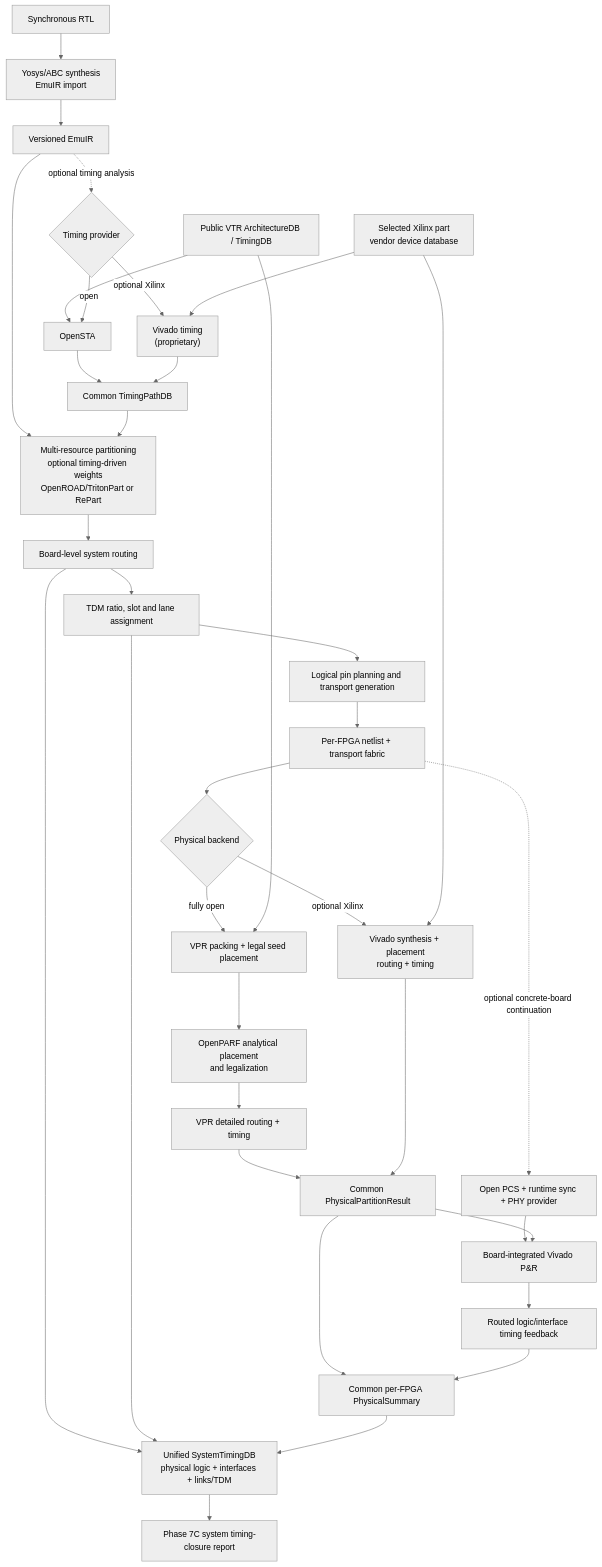
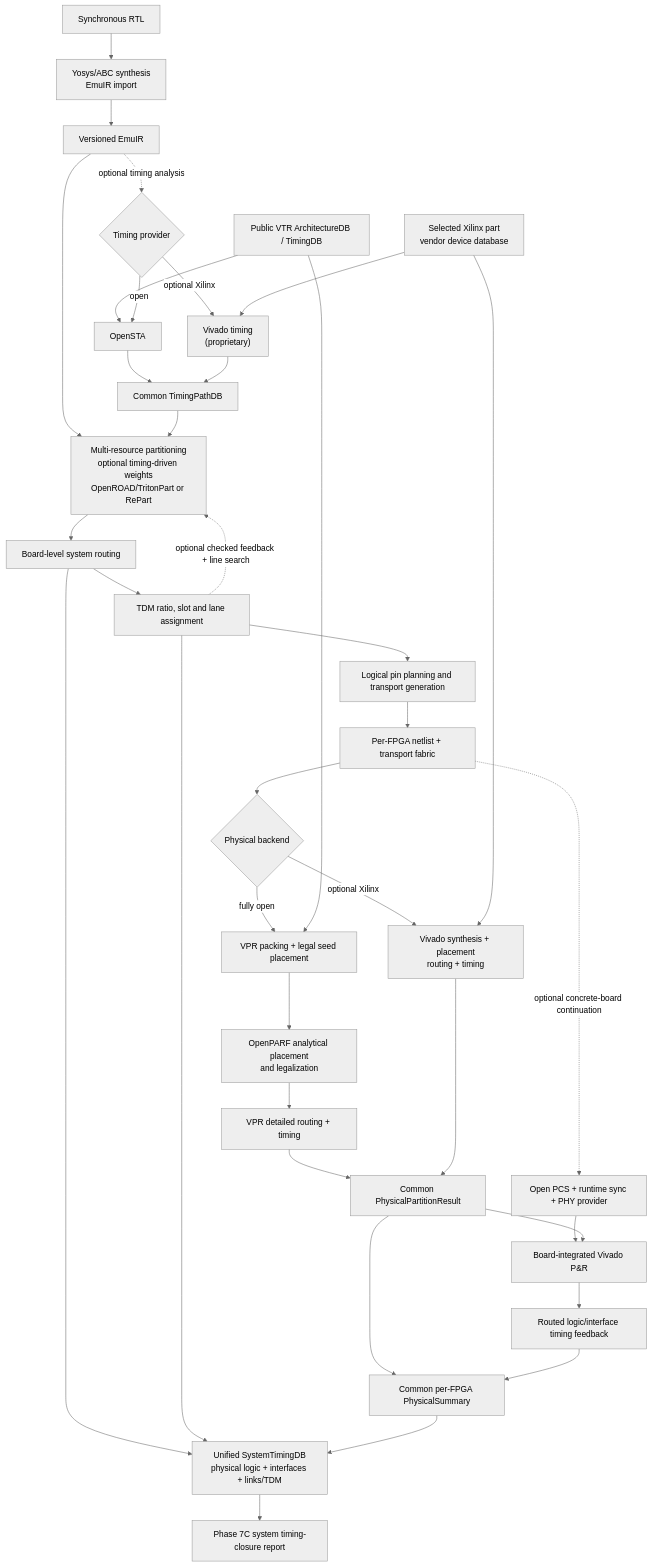
One commit to ZeayW/FGPA_emulation changed the diagram in README.md. Above: the diagram before and after it, drawn with Mermaid (neutral theme). The commit also changed other lines of this file and 5 other files, not shown here.

Commit message:
feat: continue cross-stage winner through full flow

````diff
--- a/README.md
+++ b/README.md
@@ -148,44 +148,45 @@
 ```mermaid
 flowchart TD
     RTL["Synchronous RTL"] --> SYN["Yosys/ABC synthesis<br/>EmuIR import"]
 
     SYN --> IR["Versioned EmuIR"]
     IR --> PART["Multi-resource partitioning<br/>optional timing-driven weights<br/>OpenROAD/TritonPart or RePart"]
 
     IR -. optional timing analysis .-> TP{"Timing provider"}
     PUBARCH["Public VTR ArchitectureDB / TimingDB"] --> OSTA["OpenSTA"]
     TP -->|open| OSTA
     TP -->|optional Xilinx| VTIM["Vivado timing<br/>(proprietary)"]
     OSTA --> TDB["Common TimingPathDB"]
     VTIM --> TDB
     TDB --> PART
 
     PART --> SROUTE["Board-level system routing"]
     SROUTE --> TDM["TDM ratio, slot and lane assignment"]
+    TDM -. "optional checked feedback + line search" .-> PART
     TDM --> PIN["Logical pin planning and transport generation"]
     PIN --> SPLIT["Per-FPGA netlist + transport fabric"]
 
     SPLIT --> PB{"Physical backend"}
 
     PB -->|fully open| VPACK["VPR packing + legal seed placement"]
     PUBARCH --> VPACK
     VPACK --> OP["OpenPARF analytical placement<br/>and legalization"]
     OP --> VROUTE["VPR detailed routing + timing"]
 
     PB -->|optional Xilinx| XV["Vivado synthesis + placement<br/>routing + timing"]
     XDB["Selected Xilinx part<br/>vendor device database"] --> VTIM
     XDB --> XV
 
     VROUTE --> PPR["Common PhysicalPartitionResult"]
     XV --> PPR
     PPR --> PS["Common per-FPGA PhysicalSummary"]
     SPLIT -. optional concrete-board continuation .-> BSP["Open PCS + runtime sync + PHY provider"]
     BSP --> BPR["Board-integrated Vivado P&R"]
     PPR --> BPR
     BPR --> BTF["Routed logic/interface timing feedback"]
     BTF --> PS
     SROUTE --> ST["Unified SystemTimingDB<br/>physical logic + interfaces + links/TDM"]
     TDM --> ST
     PS --> ST
     ST --> P7C["Phase 7C system timing-closure report"]
 ```
````
